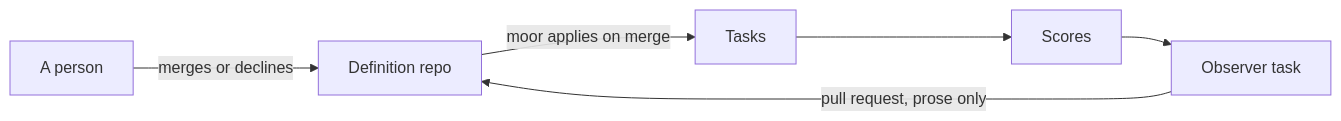
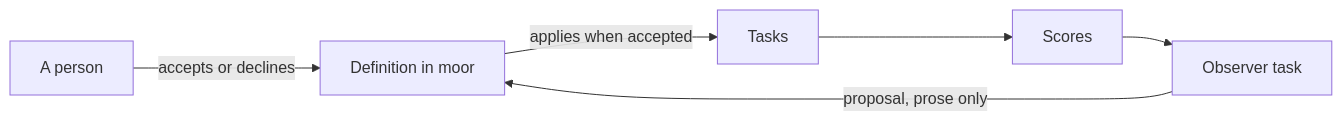
Before and after one commit to IniZio/moor: the third of 4 diagrams in docs/specs/position.md, drawn with Mermaid. The commit also changed other lines of this file, not shown here.

Commit message:
docs(specs): keep the definition in moor itself

````diff
--- a/docs/specs/position.md
+++ b/docs/specs/position.md
@@ -249,8 +251,8 @@
 ```mermaid
 flowchart LR
-	D[Definition repo] -->|moor applies on merge| T[Tasks]
+	D[Definition in moor] -->|applies when accepted| T[Tasks]
 	T --> S[Scores]
 	S --> O[Observer task]
-	O -->|pull request, prose only| D
-	H[A person] -->|merges or declines| D
+	O -->|proposal, prose only| D
+	H[A person] -->|accepts or declines| D
 ```
````
